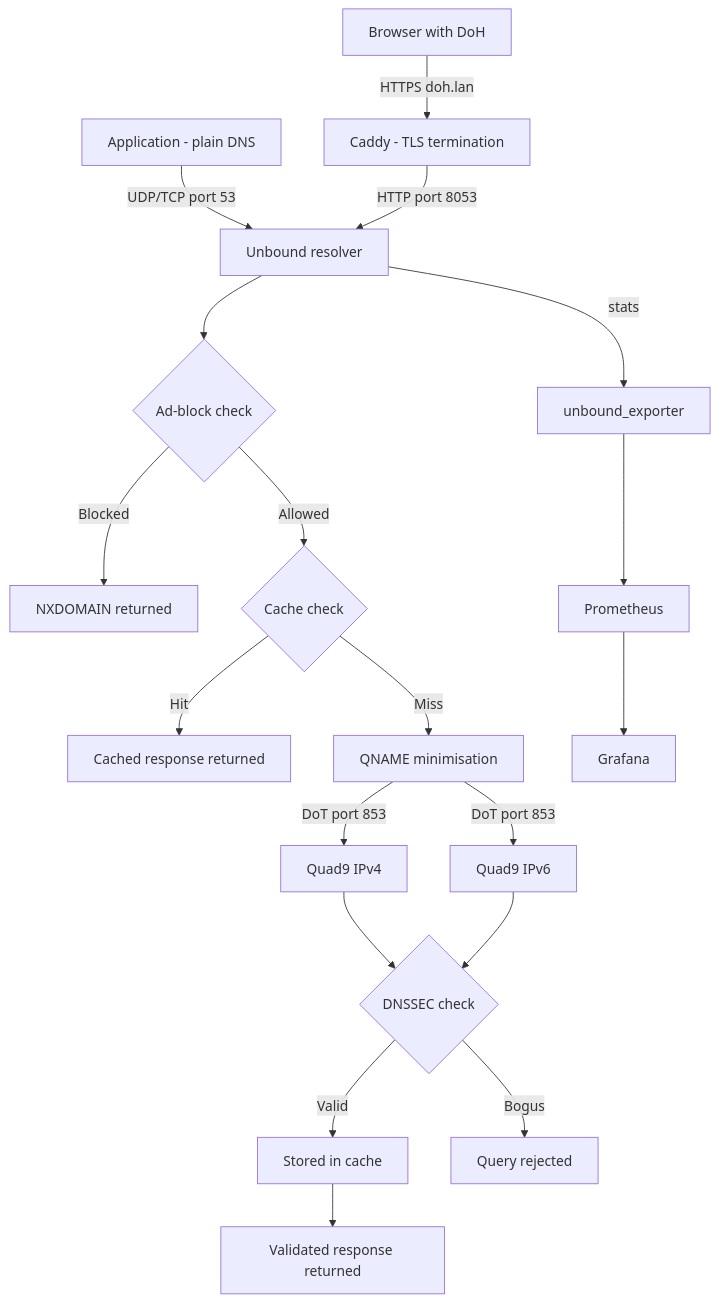
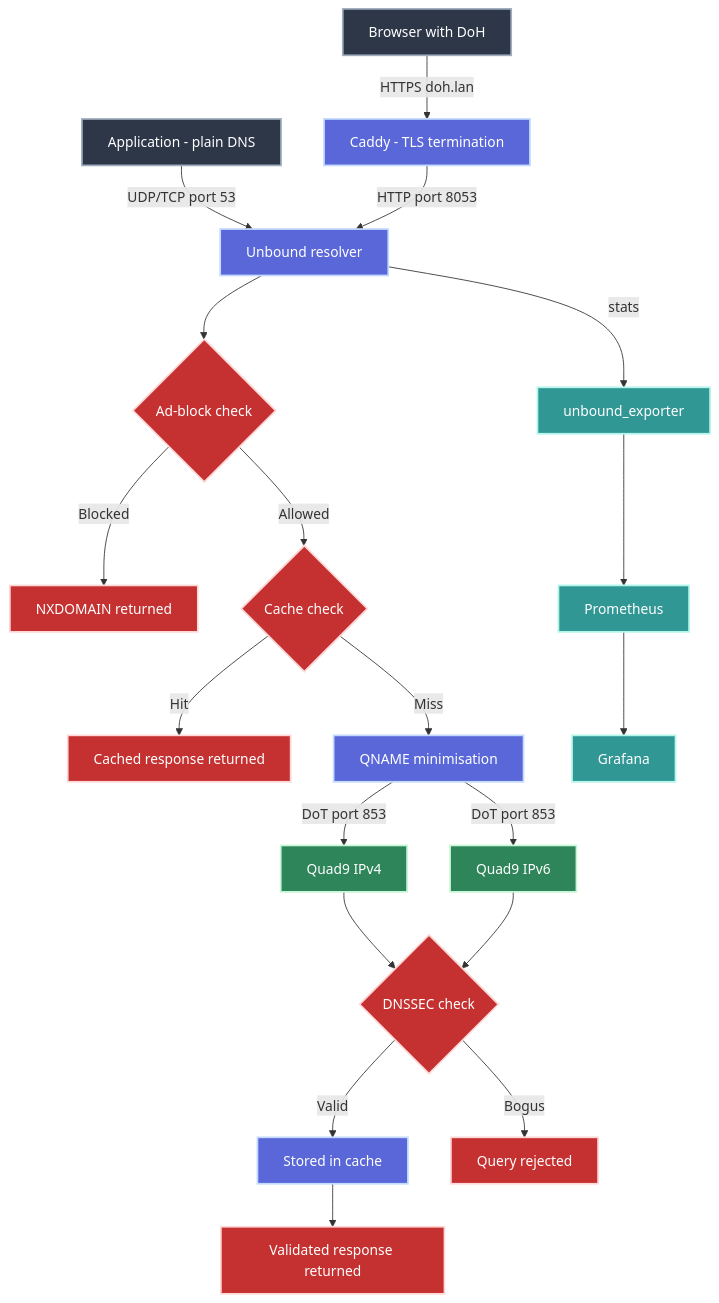
One commit to crisis1er/unbound changed the diagram in README.md. Above: the diagram before and after it, drawn with Mermaid.

Commit message:
Enhance DNS query flowchart in README
Updated the DNS query flowchart with additional classes and connections.

````diff
--- a/README.md
+++ b/README.md
@@ -32,28 +32,53 @@
 ```mermaid
 flowchart TD
-    A[Browser with DoH] -->|HTTPS doh.lan| B[Caddy - TLS termination]
-    C[Application - plain DNS] -->|UDP/TCP port 53| D[Unbound resolver]
+    classDef client fill:#2d3748,stroke:#a0aec0,stroke-width:2px,color:#fff
+    classDef service fill:#5a67d8,stroke:#c3dafe,stroke-width:2px,color:#fff
+    classDef decision fill:#c53030,stroke:#fed7d7,stroke-width:2px,color:#fff
+    classDef external fill:#2f855a,stroke:#c6f6d5,stroke-width:2px,color:#fff
+    classDef monitoring fill:#319795,stroke:#b2f5ea,stroke-width:2px,color:#fff
+
+    A[Browser with DoH]:::client
+    B[Caddy - TLS termination]:::service
+    C[Application - plain DNS]:::client
+    D[Unbound resolver]:::service
+    E{Ad-block check}:::decision
+    F[NXDOMAIN returned]:::decision
+    G{Cache check}:::decision
+    H[Cached response returned]:::decision
+    I[QNAME minimisation]:::service
+    J[Quad9 IPv4]:::external
+    K[Quad9 IPv6]:::external
+    L{DNSSEC check}:::decision
+    M[Stored in cache]:::service
+    N[Query rejected]:::decision
+    O[Validated response returned]:::decision
+    P[unbound_exporter]:::monitoring
+    Q[Prometheus]:::monitoring
+    R[Grafana]:::monitoring
+
+    A -->|HTTPS doh.lan| B
+    C -->|UDP/TCP port 53| D
     B -->|HTTP port 8053| D
 
-    D --> E{Ad-block check}
-    E -->|Blocked| F[NXDOMAIN returned]
-    E -->|Allowed| G{Cache check}
+    D --> E
+    E -->|Blocked| F
+    E -->|Allowed| G
 
-    G -->|Hit| H[Cached response returned]
-    G -->|Miss| I[QNAME minimisation]
+    G -->|Hit| H
+    G -->|Miss| I
 
-    I -->|DoT port 853| J[Quad9 IPv4]
-    I -->|DoT port 853| K[Quad9 IPv6]
+    I -->|DoT port 853| J
+    I -->|DoT port 853| K
 
-    J --> L{DNSSEC check}
+    J --> L
     K --> L
 
-    L -->|Valid| M[Stored in cache]
-    L -->|Bogus| N[Query rejected]
+    L -->|Valid| M
+    L -->|Bogus| N
 
-    M --> O[Validated response returned]
+    M --> O
 
-    D -->|stats| P[unbound_exporter]
-    P --> Q[Prometheus]
-    Q --> R[Grafana]
+    D -->|stats| P
+    P --> Q
+    Q --> R
 ```
````
